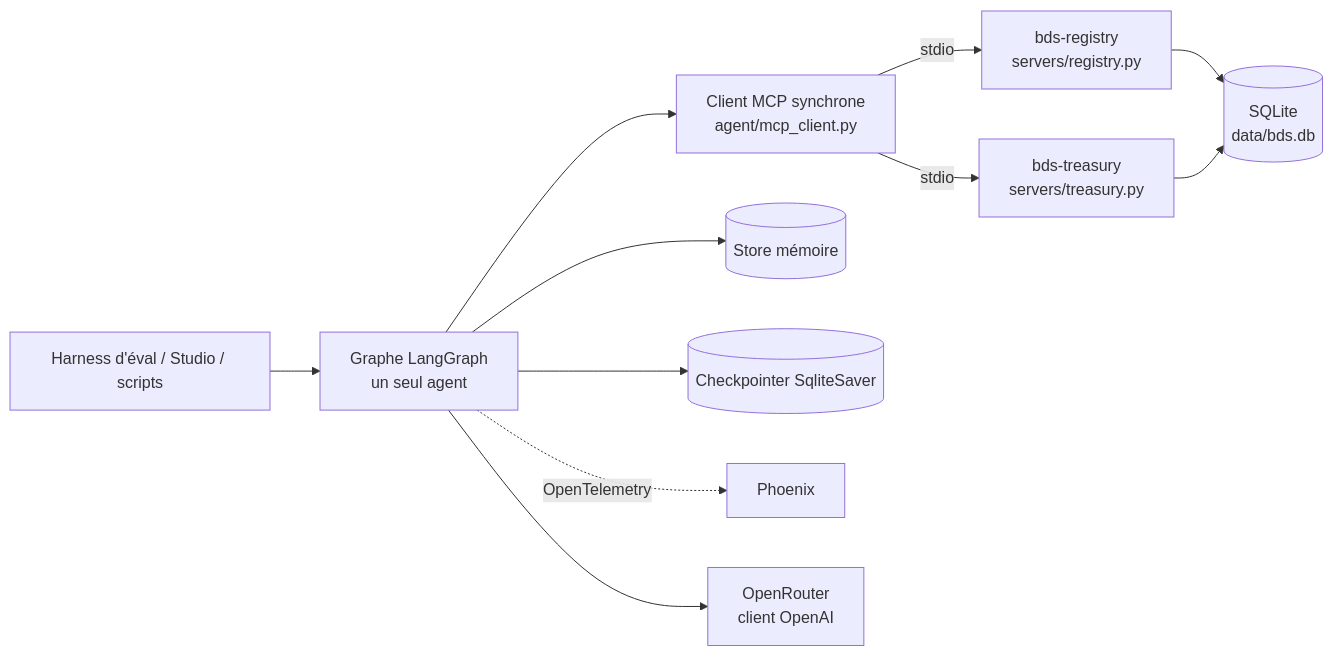
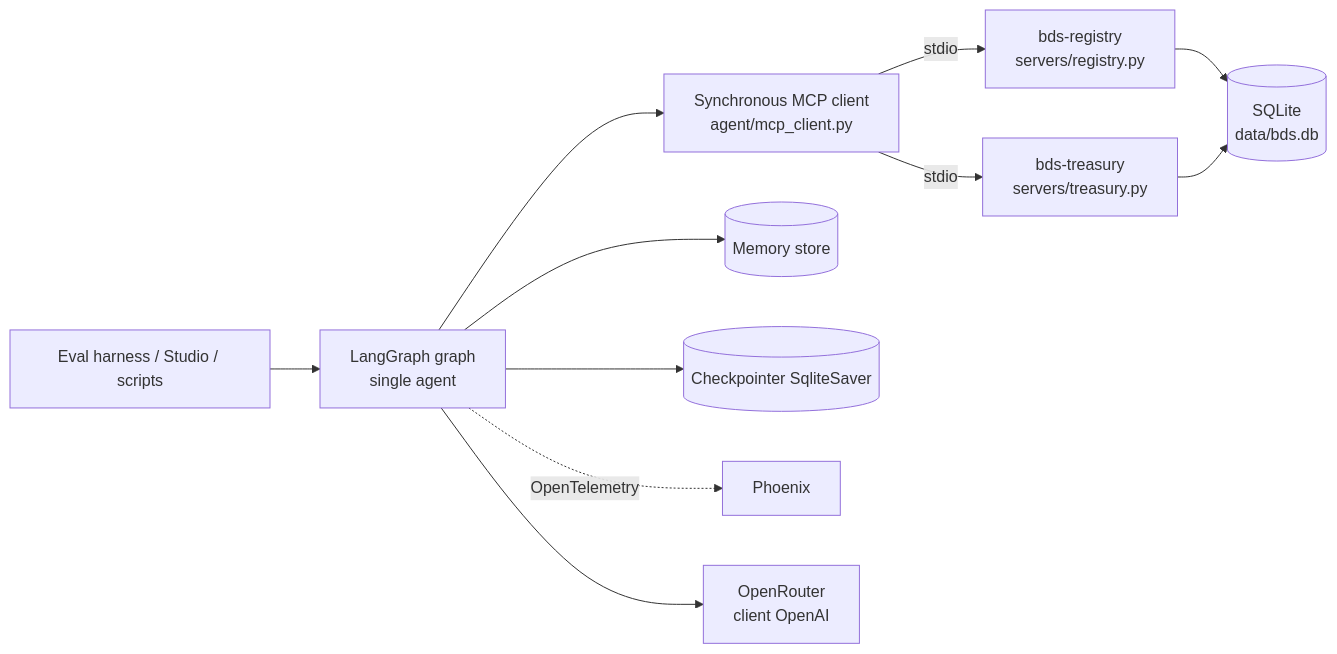
The diagram in PLAN.md (charles-defosseux/bds-agent), drawn with Mermaid before and after one commit. The commit also changed other lines of this file and 13 other files, not shown here.

````diff
--- a/PLAN.md
+++ b/PLAN.md
@@ -7,13 +8,13 @@
 ```mermaid
 flowchart LR
-    H[Harness d'éval / Studio / scripts] --> G[Graphe LangGraph<br/>un seul agent]
-    G --> C[Client MCP synchrone<br/>agent/mcp_client.py]
+    H[Eval harness / Studio / scripts] --> G[LangGraph graph<br/>single agent]
+    G --> C[Synchronous MCP client<br/>agent/mcp_client.py]
     C -- stdio --> R[bds-registry<br/>servers/registry.py]
     C -- stdio --> T[bds-treasury<br/>servers/treasury.py]
     R --> DB[(SQLite<br/>data/bds.db)]
     T --> DB
-    G --> S[(Store mémoire)]
+    G --> S[(Memory store)]
     G --> K[(Checkpointer SqliteSaver)]
     G -. OpenTelemetry .-> P[Phoenix]
     G --> O[OpenRouter<br/>client OpenAI]
 ```
````
